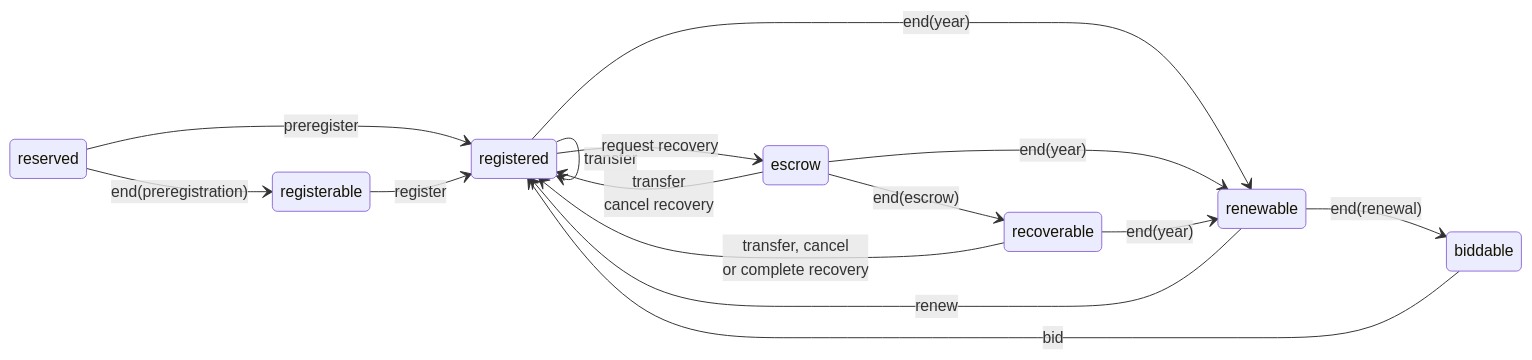
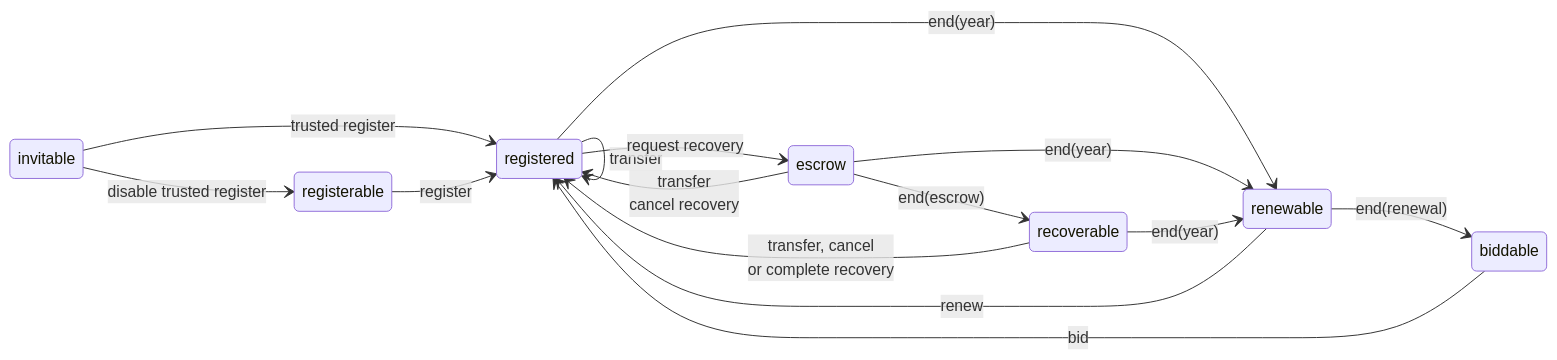
One commit to farcasterxyz/contracts changed the second of 2 diagrams in docs/docs.md. Above: the diagram before and after it, drawn with Mermaid. The commit also changed other lines of this file and 5 other files, not shown here.

Commit message:
feat(NameRegistry): replace preregistration with trusted register

````diff
--- a/docs/docs.md
+++ b/docs/docs.md
@@ -75,18 +80,18 @@
 ```mermaid
     stateDiagram-v2
         direction LR
-        reserved --> registerable: end(preregistration)
-        reserved --> registered: preregister
+        invitable --> registerable: disable trusted register
+        invitable --> registered: trusted register
         registerable --> registered: register
         registered --> renewable: end(year)
         renewable --> biddable: end(renewal)
         biddable --> registered: bid
         registered --> registered: transfer
         registered --> escrow: request recovery
         escrow --> recoverable: end(escrow)
         escrow --> renewable: end(year)
         recoverable --> registered: transfer, cancel <br>  or complete recovery
         recoverable --> renewable: end(year)
         renewable --> registered: renew
         escrow --> registered: transfer <br> cancel recovery
 ```
````
